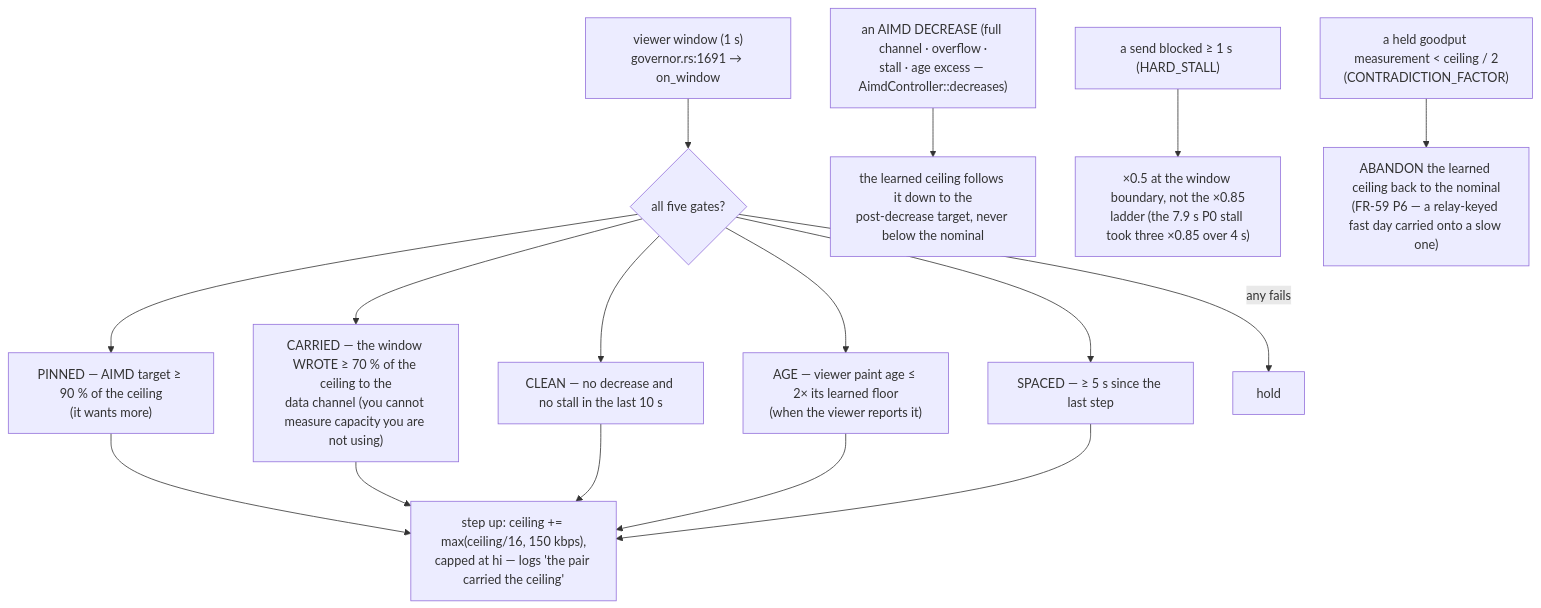
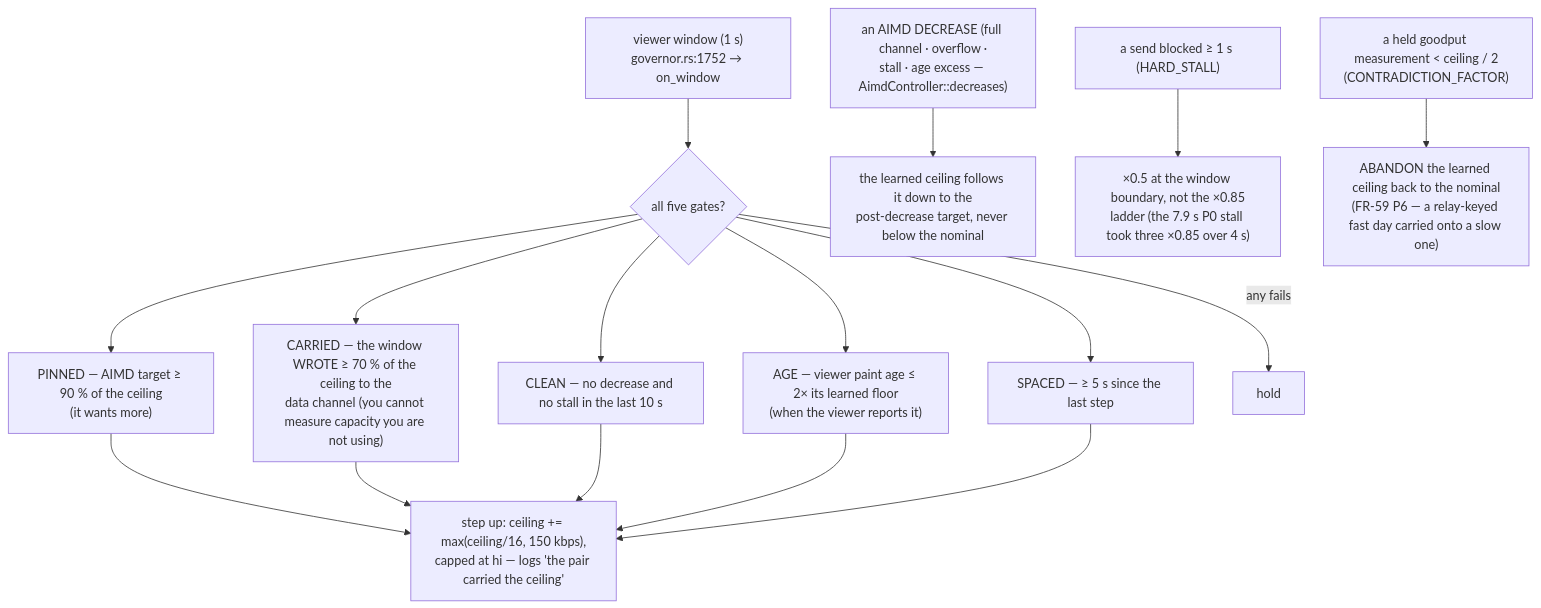
The fourth of 14 diagrams in docs/rate-control.md (gjovanov/roomler-ai), drawn with Mermaid before and after one commit. The commit also changed other lines of this file and 27 other files, not shown here.

````diff
--- a/docs/rate-control.md
+++ b/docs/rate-control.md
@@ -415,14 +415,14 @@
 ```mermaid
 flowchart TB
-    WIN["viewer window (1 s)<br/>governor.rs:1691 → on_window"] --> G{"all five gates?"}
+    WIN["viewer window (1 s)<br/>governor.rs:1752 → on_window"] --> G{"all five gates?"}
     G --> P["PINNED — AIMD target ≥ 90 % of the ceiling<br/>(it wants more)"]
     G --> CAR["CARRIED — the window WROTE ≥ 70 % of the ceiling to the<br/>data channel (you cannot measure capacity you are not using)"]
     G --> CL["CLEAN — no decrease and no stall in the last 10 s"]
     G --> AGE["AGE — viewer paint age ≤ 2× its learned floor<br/>(when the viewer reports it)"]
     G --> SP["SPACED — ≥ 5 s since the last step"]
     P & CAR & CL & AGE & SP --> STEP["step up: ceiling += max(ceiling/16, 150 kbps),<br/>capped at hi — logs 'the pair carried the ceiling'"]
     G -- any fails --> HOLD["hold"]
     DEC["an AIMD DECREASE (full channel · overflow ·<br/>stall · age excess — AimdController::decreases)"] --> PULL["the learned ceiling follows it down to the<br/>post-decrease target, never below the nominal"]
     HS["a send blocked ≥ 1 s (HARD_STALL)"] --> MD["×0.5 at the window boundary, not the ×0.85<br/>ladder (the 7.9 s P0 stall took three ×0.85 over 4 s)"]
     MEAS["a held goodput measurement < ceiling / 2<br/>(CONTRADICTION_FACTOR)"] --> AB["ABANDON the learned ceiling back to the nominal<br/>(FR-59 P6 — a relay-keyed fast day carried onto a slow one)"]
 ```
````
